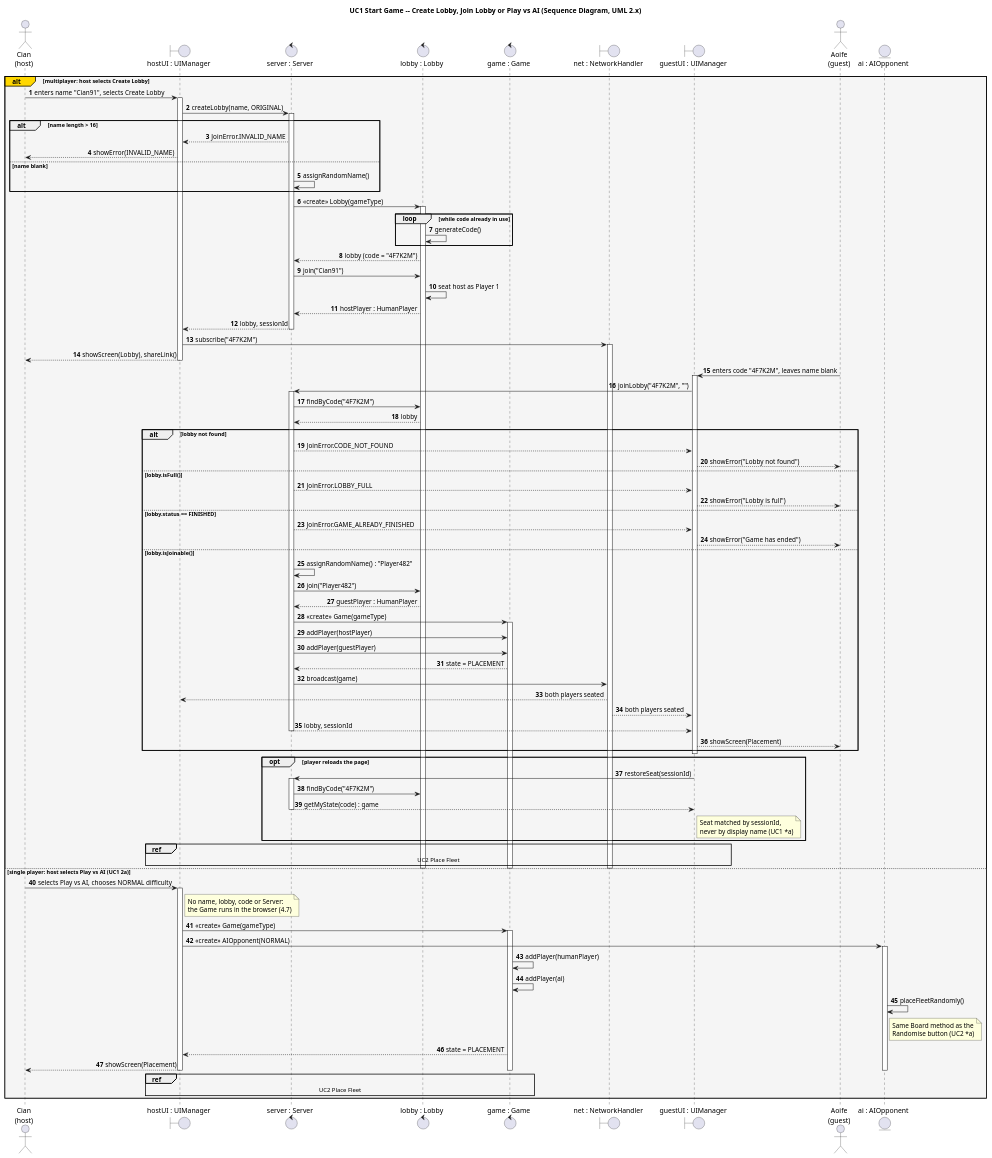
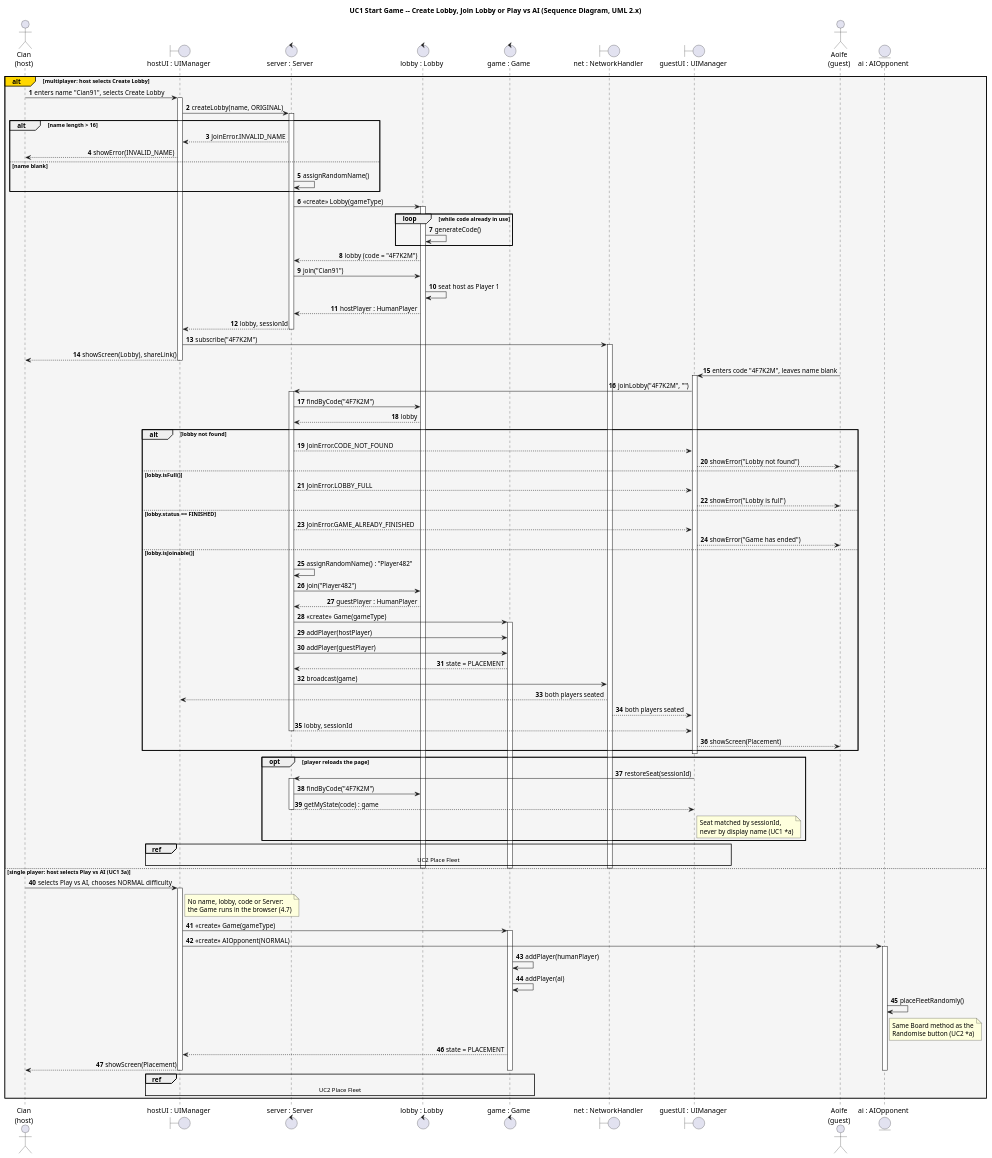
One commit to queeeety/battleship-online changed the diagram in docs/uml/sequence/start-game.puml. Above: the diagram before and after it, drawn with PlantUML. The commit also changed 3 other files, not shown here.

Commit message:
Fixed 4 diagrams to match Usecase numbering

```diff
--- a/docs/uml/sequence/start-game.puml
+++ b/docs/uml/sequence/start-game.puml
@@ -1,120 +1,120 @@
 @startuml 5_1_StartGame_SequenceDiagram
 ' MyBattleship -- GroupXXAssign2.pdf, section 5.1: Start Game
 ' Scenario: UC1 Start Game (Create Lobby, Join Lobby, Play vs AI), scenarios 2.1 and 2.2.
 title UC1 Start Game -- Create Lobby, Join Lobby or Play vs AI (Sequence Diagram, UML 2.x)
 
 skinparam sequenceMessageAlign first
 autonumber
 
 actor "Cian\n(host)" as Host
 boundary "hostUI : UIManager" as HostUI
 control "server : Server" as Server
 control "lobby : Lobby" as Lobby
 control "game : Game" as Game
 boundary "net : NetworkHandler" as Net
 boundary "guestUI : UIManager" as GuestUI
 actor "Aoife\n(guest)" as Guest
 entity "ai : AIOpponent" as AI
 
 alt#Gold #WhiteSmoke multiplayer: host selects Create Lobby
 
 Host -> HostUI : enters name "Cian91", selects Create Lobby
 activate HostUI
 HostUI -> Server : createLobby(name, ORIGINAL)
 activate Server
 
 alt name length > 16
   Server --> HostUI : JoinError.INVALID_NAME
   HostUI --> Host : showError(INVALID_NAME)
 else name blank
   Server -> Server : assignRandomName()
 end
 
 Server -> Lobby : <<create>> Lobby(gameType)
 activate Lobby
 loop while code already in use
   Lobby -> Lobby : generateCode()
 end
 Lobby --> Server : lobby (code = "4F7K2M")
 Server -> Lobby : join("Cian91")
 Lobby -> Lobby : seat host as Player 1
 Lobby --> Server : hostPlayer : HumanPlayer
 Server --> HostUI : lobby, sessionId
 deactivate Server
 HostUI -> Net : subscribe("4F7K2M")
 activate Net
 HostUI --> Host : showScreen(Lobby), shareLink()
 deactivate HostUI
 
 Guest -> GuestUI : enters code "4F7K2M", leaves name blank
 activate GuestUI
 GuestUI -> Server : joinLobby("4F7K2M", "")
 activate Server
 Server -> Lobby : findByCode("4F7K2M")
 Lobby --> Server : lobby
 
 alt lobby not found
   Server --> GuestUI : JoinError.CODE_NOT_FOUND
   GuestUI --> Guest : showError("Lobby not found")
 else lobby.isFull()
   Server --> GuestUI : JoinError.LOBBY_FULL
   GuestUI --> Guest : showError("Lobby is full")
 else lobby.status == FINISHED
   Server --> GuestUI : JoinError.GAME_ALREADY_FINISHED
   GuestUI --> Guest : showError("Game has ended")
 else lobby.isJoinable()
   Server -> Server : assignRandomName() : "Player482"
   Server -> Lobby : join("Player482")
   Lobby --> Server : guestPlayer : HumanPlayer
   Server -> Game : <<create>> Game(gameType)
   activate Game
   Server -> Game : addPlayer(hostPlayer)
   Server -> Game : addPlayer(guestPlayer)
   Game --> Server : state = PLACEMENT
   Server -> Net : broadcast(game)
   Net --> HostUI : both players seated
   Net --> GuestUI : both players seated
   Server --> GuestUI : lobby, sessionId
   deactivate Server
   GuestUI --> Guest : showScreen(Placement)
 end
 deactivate GuestUI
 
 opt player reloads the page
   GuestUI -> Server : restoreSeat(sessionId)
   activate Server
   Server -> Lobby : findByCode("4F7K2M")
   Server --> GuestUI : getMyState(code) : game
   deactivate Server
   note right of GuestUI : Seat matched by sessionId,\nnever by display name (UC1 *a)
 end
 
 ref over HostUI, GuestUI, Game : UC2 Place Fleet
 
 deactivate Net
 deactivate Lobby
 deactivate Game
 
-else single player: host selects Play vs AI (UC1 2a)
+else single player: host selects Play vs AI (UC1 3a)
 
 Host -> HostUI : selects Play vs AI, chooses NORMAL difficulty
 activate HostUI
 note right of HostUI : No name, lobby, code or Server:\nthe Game runs in the browser (4.7)
 HostUI -> Game : <<create>> Game(gameType)
 activate Game
 HostUI -> AI : <<create>> AIOpponent(NORMAL)
 activate AI
 Game -> Game : addPlayer(humanPlayer)
 Game -> Game : addPlayer(ai)
 AI -> AI : placeFleetRandomly()
 note right of AI : Same Board method as the\nRandomise button (UC2 *a)
 Game --> HostUI : state = PLACEMENT
 HostUI --> Host : showScreen(Placement)
 deactivate HostUI
 
 ref over HostUI, Game : UC2 Place Fleet
 
 deactivate AI
 deactivate Game
 end
 @enduml
```
